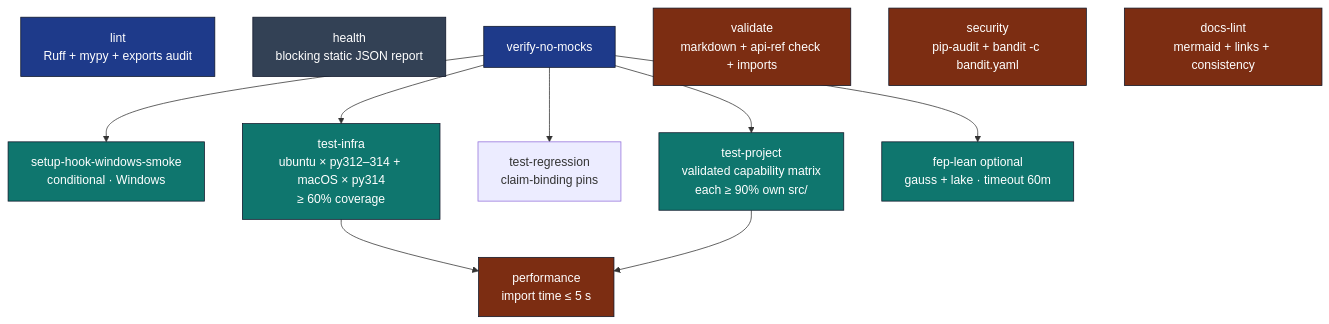
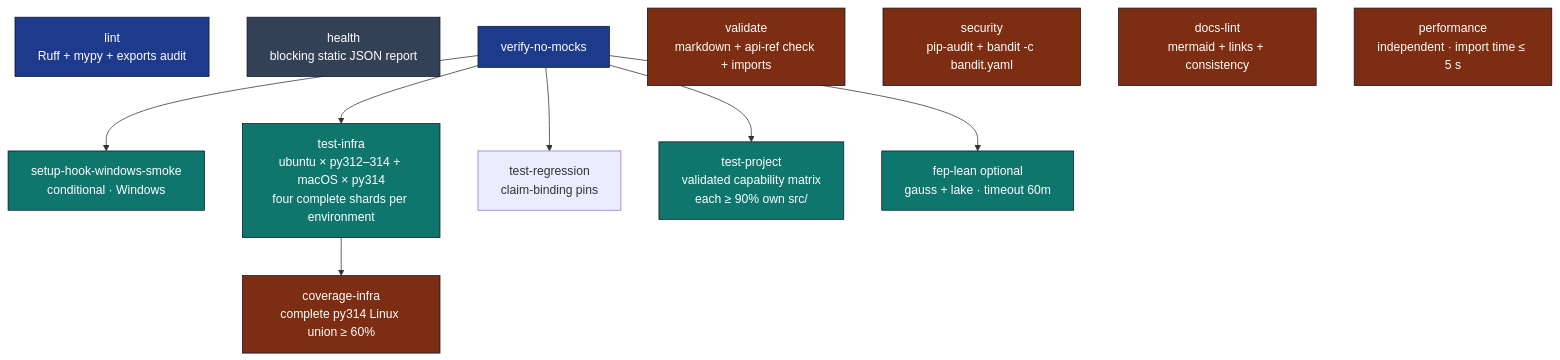
Before and after one commit to docxology/template: the diagram in .github/workflows/README.md, drawn with Mermaid. The commit also changed other lines of this file and 382 other files, not shown here.

````diff
--- a/.github/workflows/README.md
+++ b/.github/workflows/README.md
@@ -23,25 +23,25 @@
 ```mermaid
 flowchart TB
     LINT[lint<br/>Ruff + mypy + exports audit]
     HEALTH[health<br/>blocking static JSON report]
     VNM[verify-no-mocks]
     VAL[validate<br/>markdown + api-ref check + imports]
     SEC[security<br/>pip-audit + bandit -c bandit.yaml]
     DL[docs-lint<br/>mermaid + links + consistency]
     VNM --> SHW[setup-hook-windows-smoke<br/>conditional · Windows]
-    VNM --> TI[test-infra<br/>ubuntu × py312–314 + macOS × py314<br/>≥ 60% coverage]
+    VNM --> TI[test-infra<br/>ubuntu × py312–314 + macOS × py314<br/>four complete shards per environment]
+    TI --> IC[coverage-infra<br/>complete py314 Linux union ≥ 60%]
     VNM --> TR[test-regression<br/>claim-binding pins]
     VNM --> TP[test-project<br/>validated capability matrix<br/>each ≥ 90% own src/]
     VNM --> FL[fep-lean optional<br/>gauss + lake · timeout 60m]
-    TI --> PERF[performance<br/>import time ≤ 5 s]
-    TP --> PERF
+    PERF[performance<br/>independent · import time ≤ 5 s]
 
     classDef gate fill:#1e3a8a,stroke:#0f172a,color:#fff
     classDef matrix fill:#0f766e,stroke:#0f172a,color:#fff
     classDef terminal fill:#7c2d12,stroke:#0f172a,color:#fff
     classDef info fill:#334155,stroke:#0f172a,color:#fff
     class LINT,VNM gate
     class TI,TP,FL,SHW matrix
-    class VAL,SEC,DL,PERF terminal
+    class VAL,SEC,DL,PERF,IC terminal
     class HEALTH info
 ```
````
